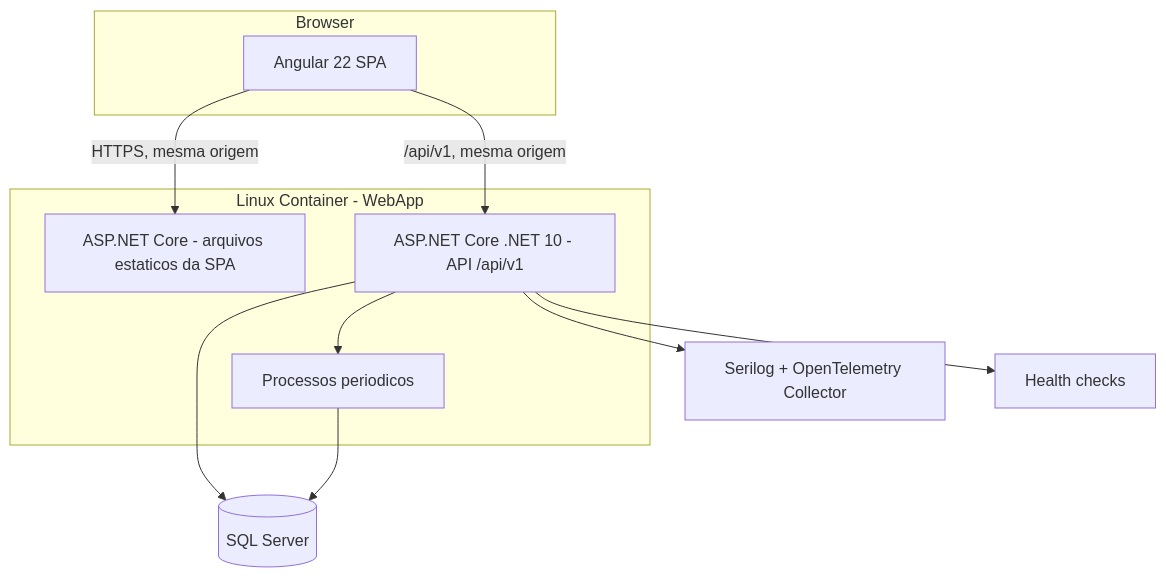
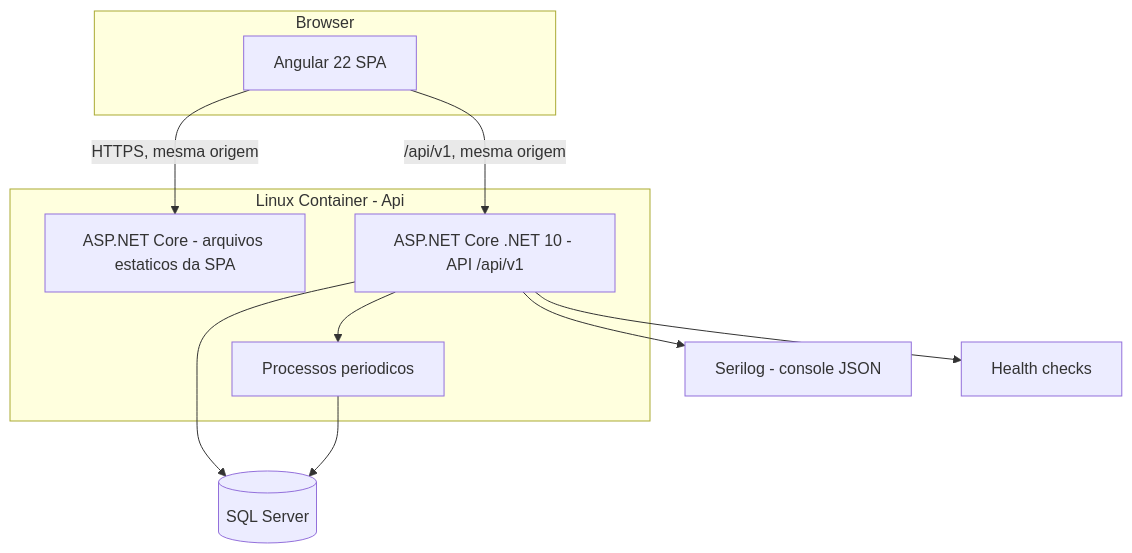
Before and after one commit to buenoIago/PontoBarber: the second of 2 diagrams in docs/TDD.md, drawn with Mermaid. The commit also changed other lines of this file and 33 other files, not shown here.

````diff
--- a/docs/TDD.md
+++ b/docs/TDD.md
@@ -202,18 +202,18 @@
 ```mermaid
 flowchart TB
   subgraph Browser
     SPA[Angular 22 SPA]
   end
-  subgraph Linux Container - WebApp
+  subgraph Linux Container - Api
     ESTATICOS[ASP.NET Core - arquivos estaticos da SPA]
     API[ASP.NET Core .NET 10 - API /api/v1]
     Q[Processos periodicos]
     SPA -->|HTTPS, mesma origem| ESTATICOS
     SPA -->|/api/v1, mesma origem| API
     API --> Q
   end
   API --> DB[(SQL Server)]
   Q --> DB
-  API --> LOG[Serilog + OpenTelemetry Collector]
+  API --> LOG[Serilog - console JSON]
   API --> HC[Health checks]
 ```
````
